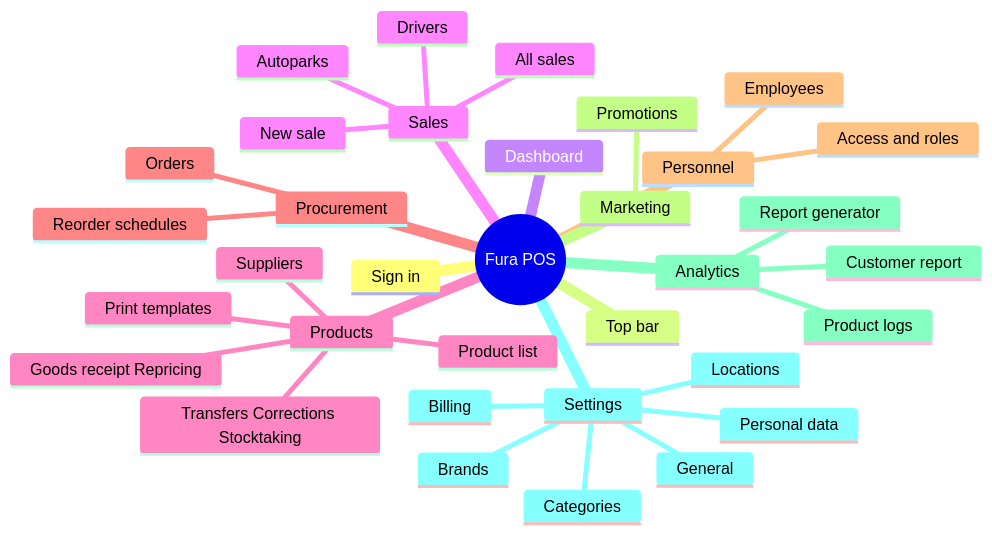
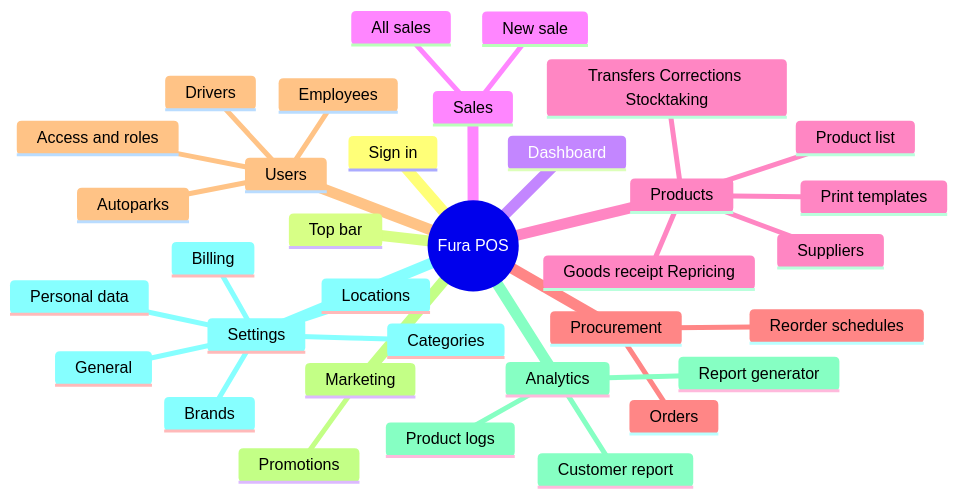
The diagram in docs/MIND-MAP.md (shokhaSheesh/FuraPOS), drawn with Mermaid before and after one commit. The commit also changed other lines of this file and 20 other files, not shown here.

First line of the commit message:
Rename Personnel management to Users; move Autoparks and Drivers there

````diff
--- a/docs/MIND-MAP.md
+++ b/docs/MIND-MAP.md
@@ -149,37 +149,37 @@
 ```mermaid
 mindmap
   root((Fura POS))
     Sign in
     Top bar
     Dashboard
     Sales
       New sale
       All sales
-      Autoparks
-      Drivers
     Products
       Product list
       Transfers Corrections Stocktaking
       Goods receipt Repricing
       Print templates
       Suppliers
     Procurement
       Orders
       Reorder schedules
-    Personnel
+    Users
       Employees
+      Autoparks
+      Drivers
       Access and roles
     Marketing
       Promotions
     Analytics
       Report generator
       Product logs
       Customer report
     Settings
       General
       Brands
       Locations
       Categories
       Billing
       Personal data
 ```
````
